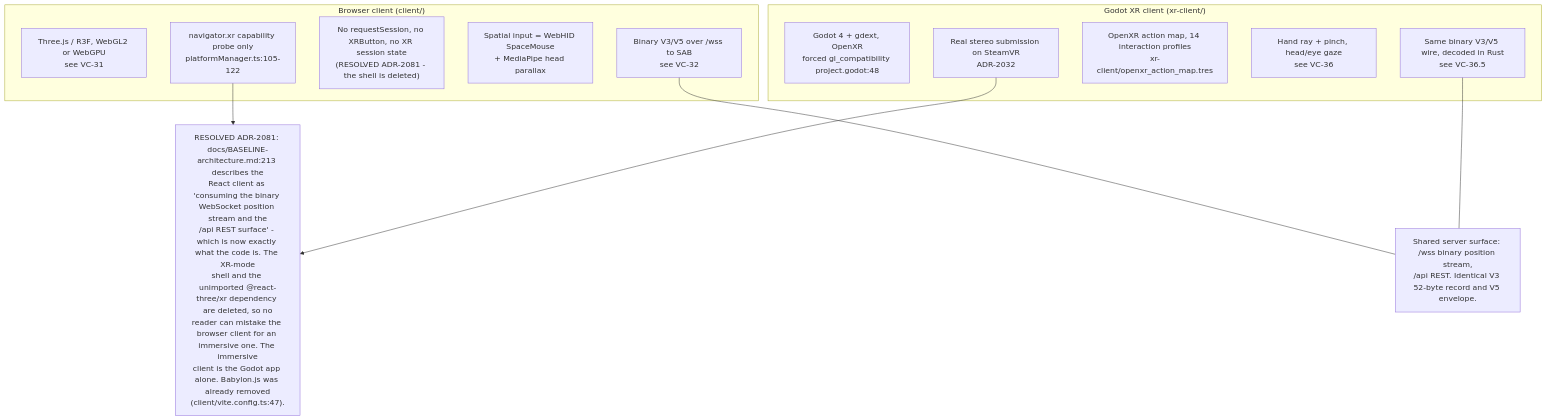
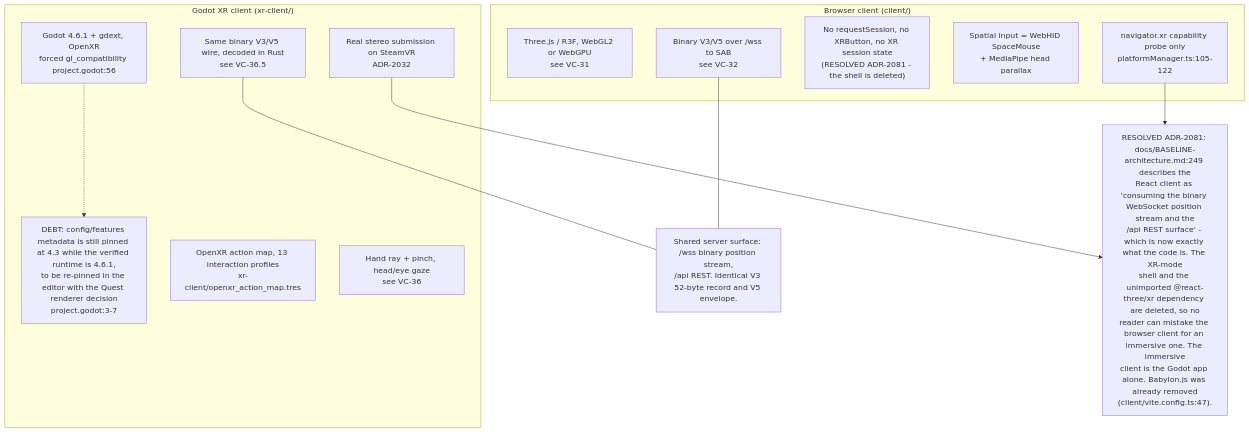
Before and after one commit to DreamLab-AI/VisionFlow: the eighth of 10 diagrams in docs/diagrams/visionclaw/37-browser-xr-and-desktop-input.md, drawn with Mermaid. The commit also changed other lines of this file and 160 other files, not shown here.

````diff
--- a/docs/diagrams/visionclaw/37-browser-xr-and-desktop-input.md
+++ b/docs/diagrams/visionclaw/37-browser-xr-and-desktop-input.md
@@ -332,22 +332,24 @@
 ```mermaid
 flowchart TB
     subgraph br["Browser client (client/)"]
         B1["Three.js / R3F, WebGL2 or WebGPU<br/>see VC-31"]
         B2["navigator.xr capability probe only<br/>platformManager.ts:105-122"]
         B3["No requestSession, no XRButton, no XR session state<br/>(RESOLVED ADR-2081 - the shell is deleted)"]
         B4["Spatial input = WebHID SpaceMouse<br/>+ MediaPipe head parallax"]
         B5["Binary V3/V5 over /wss to SAB<br/>see VC-32"]
     end
     subgraph gd["Godot XR client (xr-client/)"]
-        G1["Godot 4 + gdext, OpenXR<br/>forced gl_compatibility project.godot:48"]
+        G1["Godot 4.6.1 + gdext, OpenXR<br/>forced gl_compatibility project.godot:56"]
+        G1D["DEBT: config/features metadata is still pinned at 4.3 while the verified runtime is 4.6.1,<br/>to be re-pinned in the editor with the Quest renderer decision<br/>project.godot:3-7"]
+        G1 -.-> G1D
         G2["Real stereo submission on SteamVR<br/>ADR-2032"]
-        G3["OpenXR action map, 14 interaction profiles<br/>xr-client/openxr_action_map.tres"]
+        G3["OpenXR action map, 13 interaction profiles<br/>xr-client/openxr_action_map.tres"]
         G4["Hand ray + pinch, head/eye gaze<br/>see VC-36"]
         G5["Same binary V3/V5 wire, decoded in Rust<br/>see VC-36.5"]
     end
     B5 --- SHARED["Shared server surface: /wss binary position stream,<br/>/api REST. Identical V3 52-byte record and V5 envelope."]
     G5 --- SHARED
     B2 --> DIV
     G2 --> DIV
-    DIV["RESOLVED ADR-2081: docs/BASELINE-architecture.md:213 describes the<br/>React client as 'consuming the binary WebSocket position stream and the<br/>/api REST surface' - which is now exactly what the code is. The XR-mode<br/>shell and the unimported @react-three/xr dependency are deleted, so no<br/>reader can mistake the browser client for an immersive one. The immersive<br/>client is the Godot app alone. Babylon.js was already removed<br/>(client/vite.config.ts:47)."]
+    DIV["RESOLVED ADR-2081: docs/BASELINE-architecture.md:249 describes the<br/>React client as 'consuming the binary WebSocket position stream and the<br/>/api REST surface' - which is now exactly what the code is. The XR-mode<br/>shell and the unimported @react-three/xr dependency are deleted, so no<br/>reader can mistake the browser client for an immersive one. The immersive<br/>client is the Godot app alone. Babylon.js was already removed<br/>(client/vite.config.ts:47)."]
 ```
````
